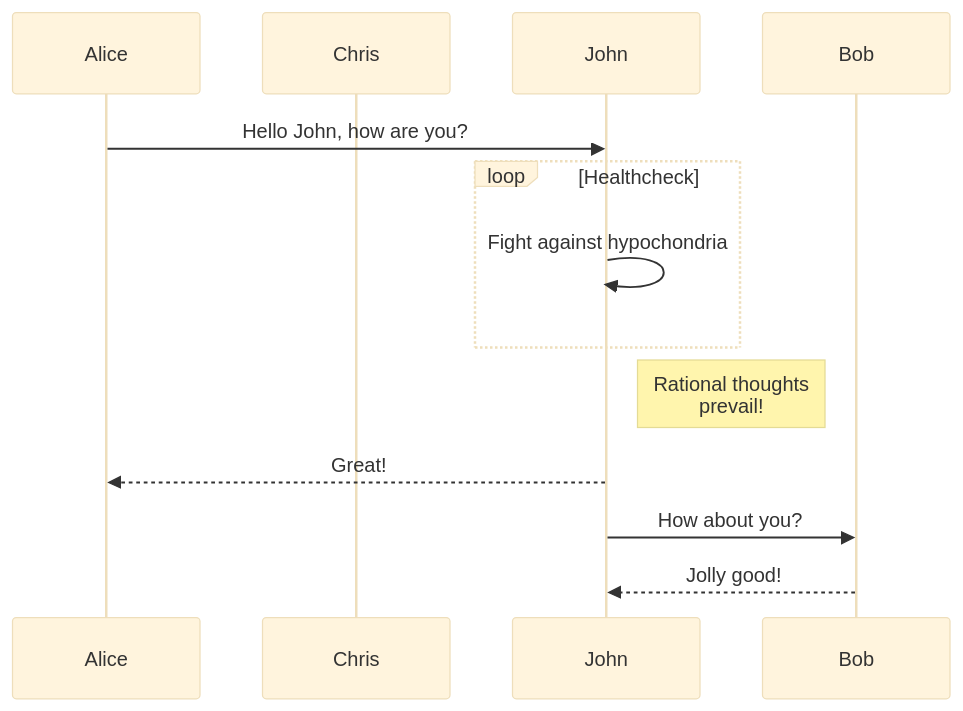
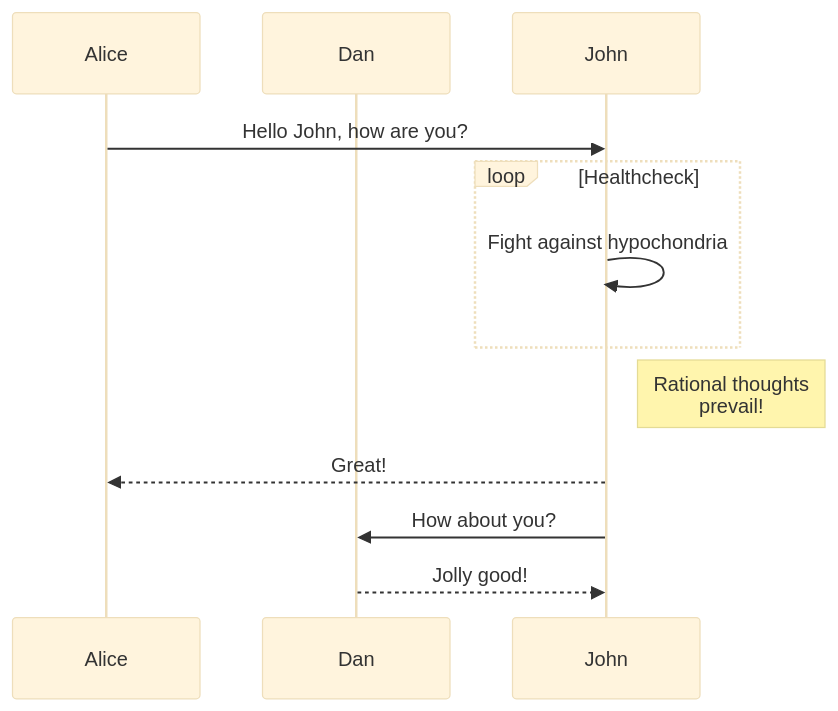
Before and after one commit to scowalt/mermaid-markdown-intree: the diagram in docs/sequence.mmd, drawn with Mermaid (base theme). The commit also changed 1 other file, not shown here.

```diff
--- a/docs/sequence.mmd
+++ b/docs/sequence.mmd
@@ -1,11 +1,11 @@
 sequenceDiagram
     participant Alice
-    participant Chris
+    participant Dan
     Alice->>John: Hello John, how are you?
     loop Healthcheck
         John->>John: Fight against hypochondria
     end
     Note right of John: Rational thoughts <br/>prevail!
     John-->>Alice: Great!
-    John->>Bob: How about you?
-    Bob-->>John: Jolly good!
+    John->>Dan: How about you?
+    Dan-->>John: Jolly good!
```
